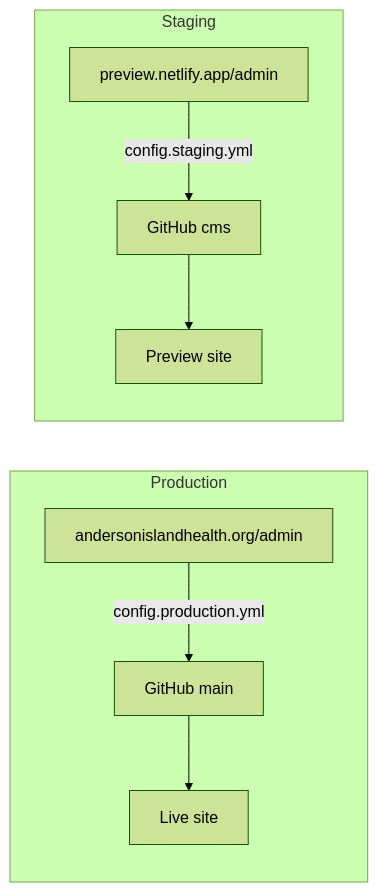
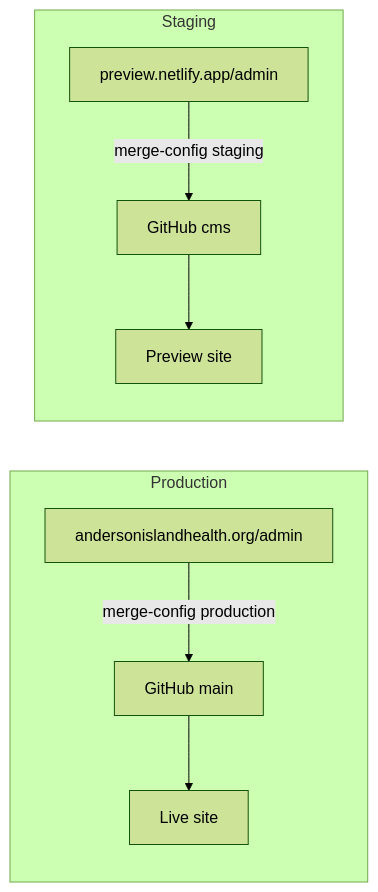
One commit to andersonislandhealth/AI-Health changed the diagram in docs/CMS.md. Above: the diagram before and after it, drawn with Mermaid (forest theme). The commit also changed other lines of this file and 24 other files, not shown here.

````diff
--- a/docs/CMS.md
+++ b/docs/CMS.md
@@ -29,17 +31,17 @@
 ```mermaid
 flowchart LR
   subgraph prod [Production]
     ProdAdmin["andersonislandhealth.org/admin"]
     MainBranch["GitHub main"]
     ProdSite[Live site]
   end
   subgraph staging [Staging]
     StgAdmin["preview.netlify.app/admin"]
     CmsBranch["GitHub cms"]
     StgSite[Preview site]
   end
-  ProdAdmin -->|"config.production.yml"| MainBranch
-  StgAdmin -->|"config.staging.yml"| CmsBranch
+  ProdAdmin -->|"merge-config production"| MainBranch
+  StgAdmin -->|"merge-config staging"| CmsBranch
   MainBranch --> ProdSite
   CmsBranch --> StgSite
 ```
````
